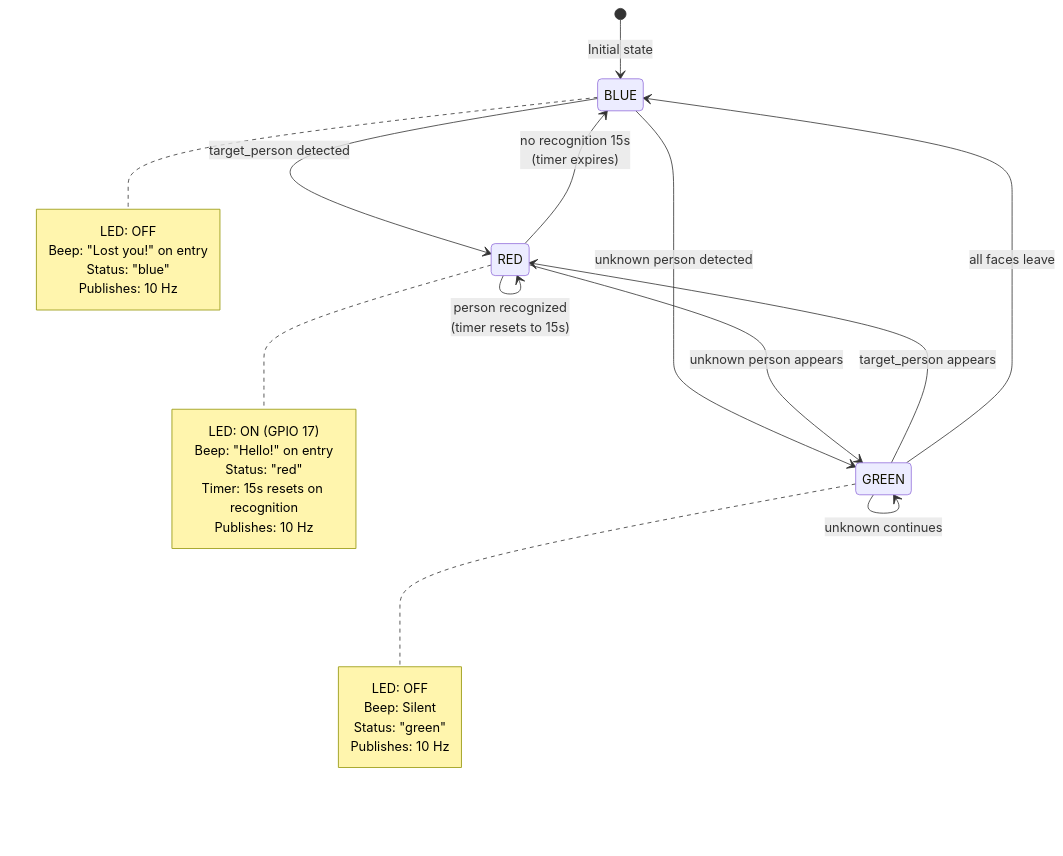
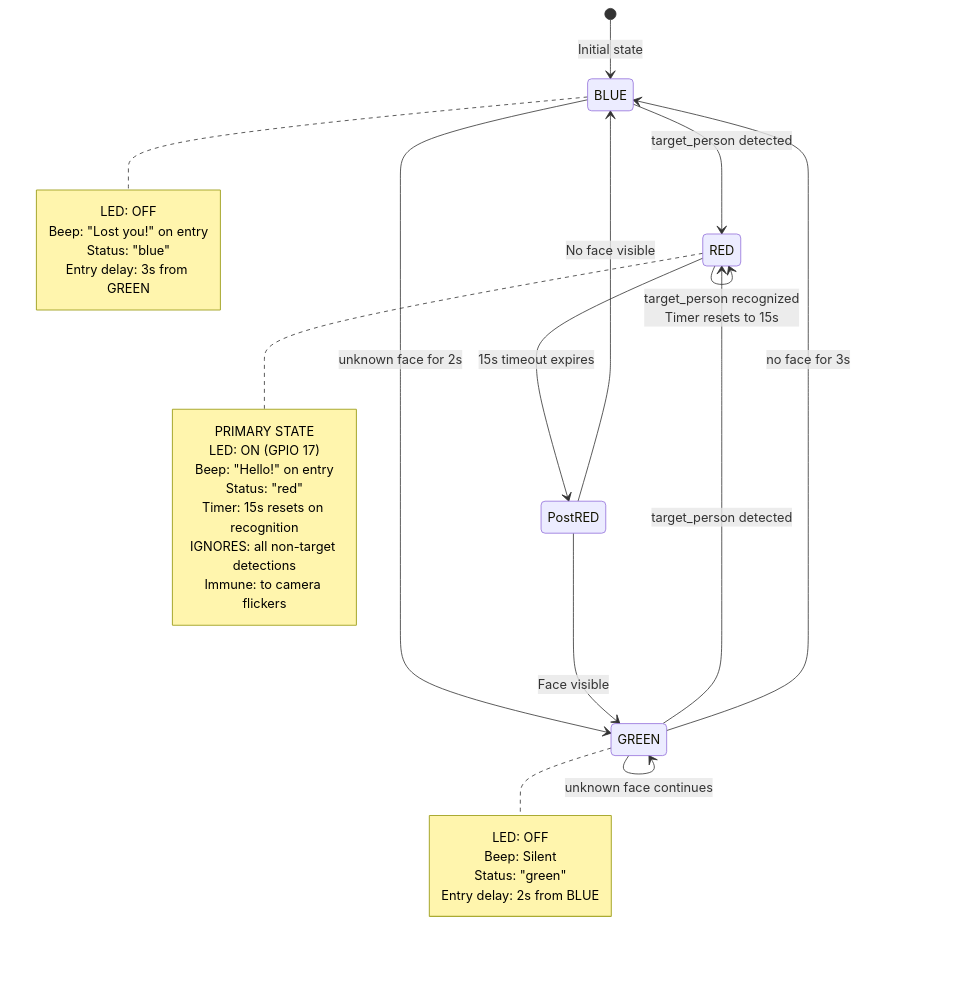
Before and after one commit to severinleuenberger/R2D2-as-real-AI-companion: the second of 8 diagrams in 007_SYSTEM_INTEGRATION_REFERENCE.md, drawn with Mermaid. The commit also changed other lines of this file and 4 other files, not shown here.

First line of the commit message:
refactor(status): RED-primary state machine with GREEN/BLUE smoothing

````diff
--- a/007_SYSTEM_INTEGRATION_REFERENCE.md
+++ b/007_SYSTEM_INTEGRATION_REFERENCE.md
@@ -118,37 +121,42 @@
 ```mermaid
 stateDiagram-v2
     [*] --> BLUE: Initial state
     
     BLUE --> RED: target_person detected
-    BLUE --> GREEN: unknown person detected
+    BLUE --> GREEN: unknown face for 2s
     
-    RED --> RED: person recognized<br/>(timer resets to 15s)
-    RED --> BLUE: no recognition 15s<br/>(timer expires)
-    RED --> GREEN: unknown person appears
+    RED --> RED: target_person recognized<br/>Timer resets to 15s
+    RED --> PostRED: 15s timeout expires
     
-    GREEN --> RED: target_person appears
-    GREEN --> BLUE: all faces leave
-    GREEN --> GREEN: unknown continues
+    state PostRED <<choice>>
+    PostRED --> GREEN: Face visible
+    PostRED --> BLUE: No face visible
+    
+    GREEN --> RED: target_person detected
+    GREEN --> BLUE: no face for 3s
+    GREEN --> GREEN: unknown face continues
     
     note right of RED
+        PRIMARY STATE
         LED: ON (GPIO 17)
         Beep: "Hello!" on entry
         Status: "red"
         Timer: 15s resets on recognition
-        Publishes: 10 Hz
+        IGNORES: all non-target detections
+        Immune: to camera flickers
     end note
     
     note right of BLUE
         LED: OFF
         Beep: "Lost you!" on entry
         Status: "blue"
-        Publishes: 10 Hz
+        Entry delay: 3s from GREEN
     end note
     
     note right of GREEN
         LED: OFF
         Beep: Silent
         Status: "green"
-        Publishes: 10 Hz
+        Entry delay: 2s from BLUE
     end note
 ```
````
